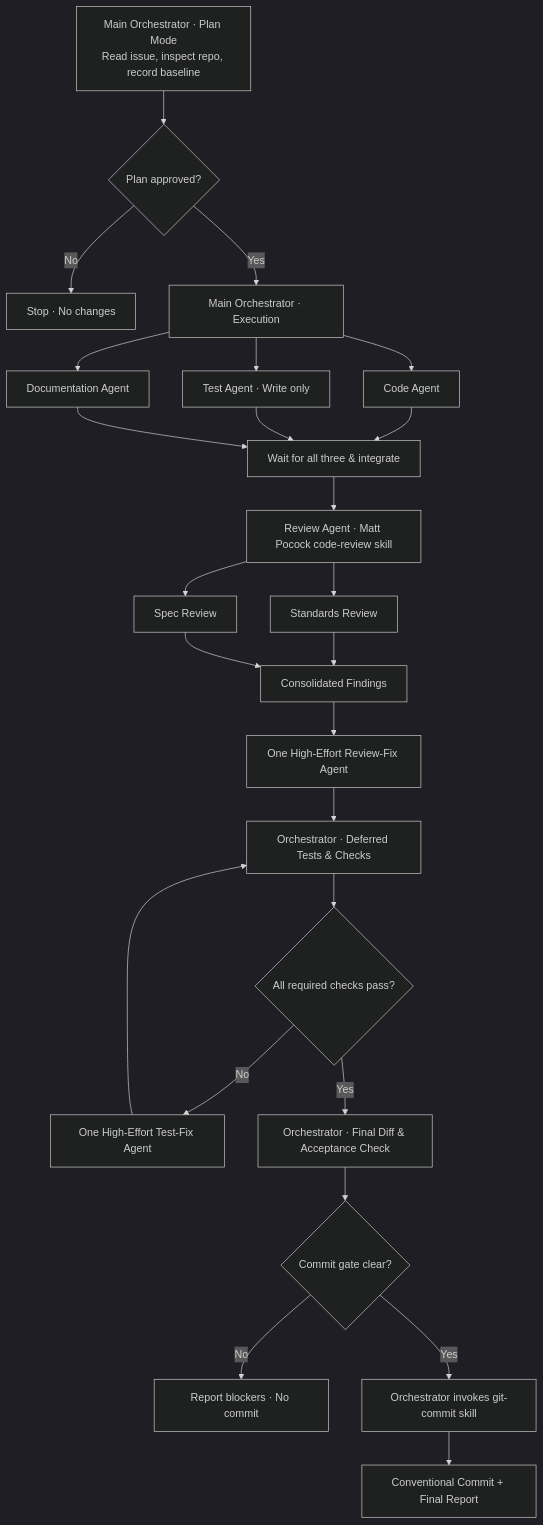
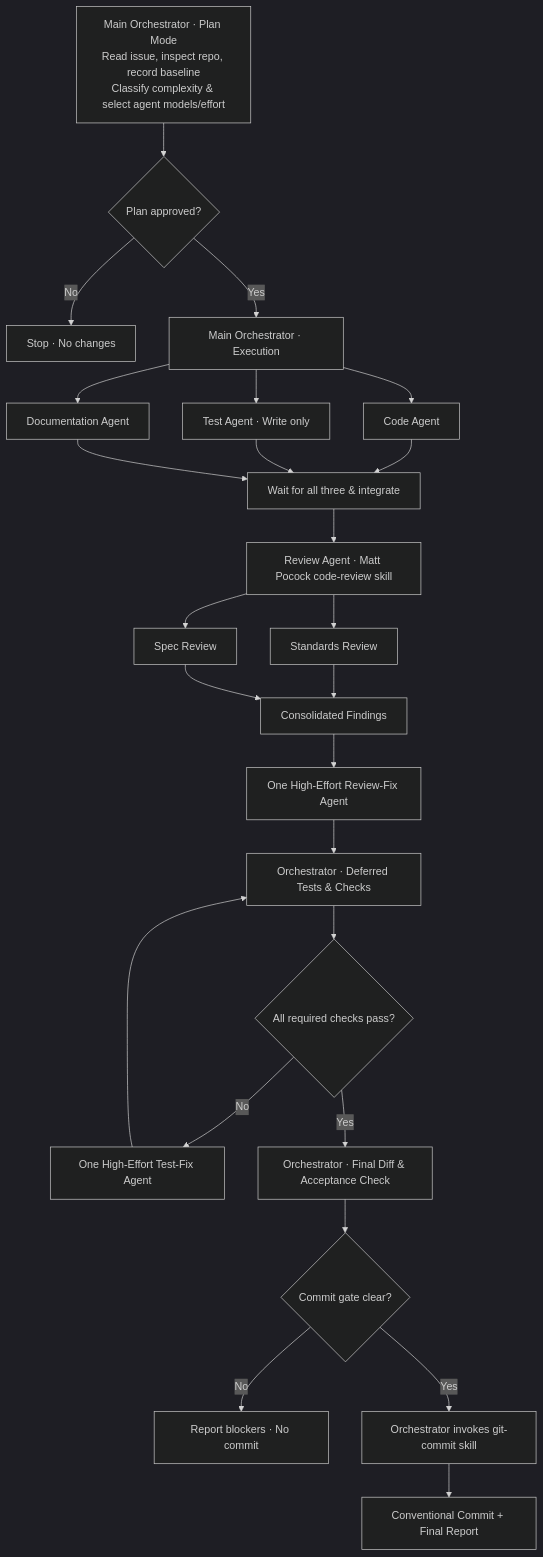
One commit to plfiorini/agents changed the diagram in skills/github-issue-workflow/README.md. Above: the diagram before and after it, drawn with Mermaid (dark theme). The commit also changed other lines of this file and 2 other files, not shown here.

First line of the commit message:
feat(github-issue-workflow): add complexity-aware model selection

````diff
--- a/skills/github-issue-workflow/README.md
+++ b/skills/github-issue-workflow/README.md
@@ -15,27 +15,27 @@
 ```mermaid
 flowchart TD
-    P[Main Orchestrator · Plan Mode<br/>Read issue, inspect repo, record baseline] --> A{Plan approved?}
+    P[Main Orchestrator · Plan Mode<br/>Read issue, inspect repo, record baseline<br/>Classify complexity & select agent models/effort] --> A{Plan approved?}
     A -- No --> STOP[Stop · No changes]
     A -- Yes --> B[Main Orchestrator · Execution]
     B --> C[Code Agent]
     B --> T[Test Agent · Write only]
     B --> D[Documentation Agent]
     C --> J[Wait for all three & integrate]
     T --> J
     D --> J
     J --> R[Review Agent · Matt Pocock code-review skill]
     R --> S[Standards Review]
     R --> X[Spec Review]
     S --> M[Consolidated Findings]
     X --> M
     M --> F[One High-Effort Review-Fix Agent]
     F --> V[Orchestrator · Deferred Tests & Checks]
     V --> G{All required checks pass?}
     G -- No --> H[One High-Effort Test-Fix Agent]
     H --> V
     G -- Yes --> K[Orchestrator · Final Diff & Acceptance Check]
     K --> Q{Commit gate clear?}
     Q -- No --> N[Report blockers · No commit]
     Q -- Yes --> I[Orchestrator invokes git-commit skill]
     I --> Z[Conventional Commit + Final Report]
 ```
````
